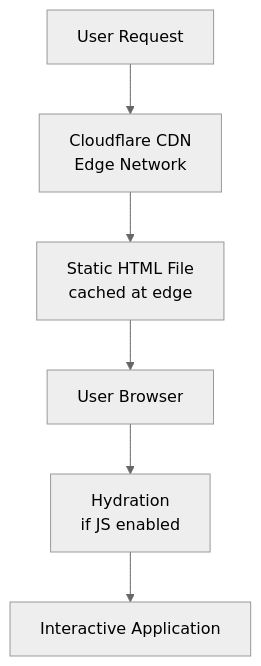
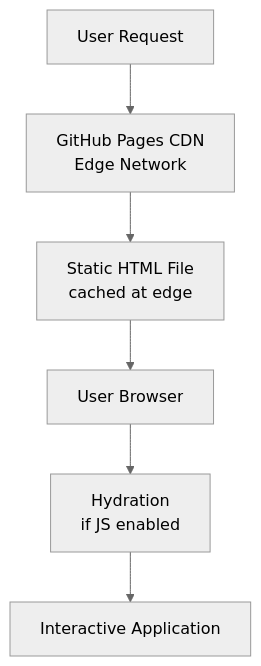
One commit to Stadt-Geschichte-Basel/stadtgeschichtebasel.ch changed the second of 2 diagrams in docs/ARCHITECTURE.md. Above: the diagram before and after it, drawn with Mermaid (neutral theme). The commit also changed other lines of this file and 12 other files, not shown here.

First line of the commit message:
feat: deploy to GitHub Pages instead of Cloudflare Pages (#222) (#230)

````diff
--- a/docs/ARCHITECTURE.md
+++ b/docs/ARCHITECTURE.md
@@ -249,8 +249,8 @@
 ```mermaid
 flowchart TD
-    A[User Request] --> B[Cloudflare CDN<br/>Edge Network]
+    A[User Request] --> B[GitHub Pages CDN<br/>Edge Network]
     B --> C[Static HTML File<br/>cached at edge]
     C --> D[User Browser]
     D --> E[Hydration<br/>if JS enabled]
     E --> F[Interactive Application]
 ```
````
